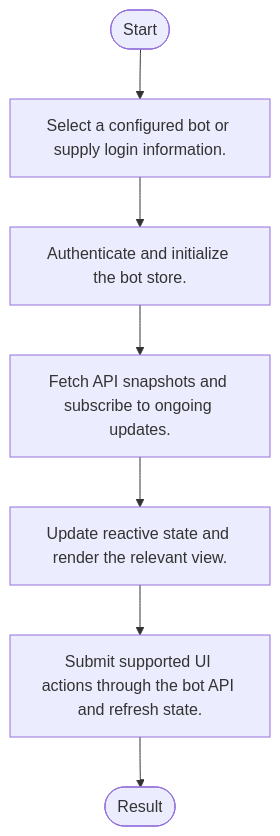
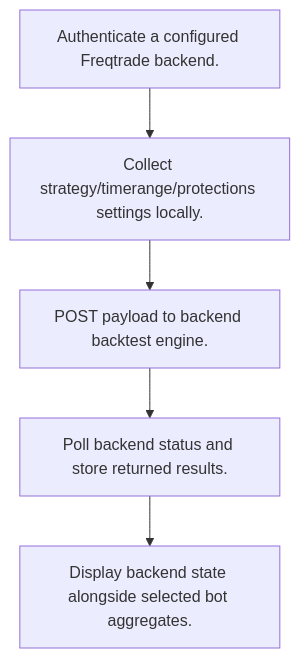
Before and after one commit to alexcwyu/frequi: the third of 4 diagrams in docs/ayu-develop.md, drawn with Mermaid. The commit also changed other lines of this file and 7 other files, not shown here.

Commit message:
docs: standardize source-reviewed system guides and offline diagrams

````diff
--- a/docs/ayu-develop.md
+++ b/docs/ayu-develop.md
@@ -85,15 +130,12 @@
 ```mermaid
 flowchart TD
-  Start(["Start"])
-  W0["Select a configured bot or supply login information."]
-  W1["Authenticate and initialize the bot store."]
-  W2["Fetch API snapshots and subscribe to ongoing updates."]
-  W3["Update reactive state and render the relevant view."]
-  W4["Submit supported UI actions through the bot API and refresh state."]
-  Start --> W0
+  W0["Authenticate a configured Freqtrade backend."]
+  W1["Collect strategy/timerange/protections settings locally."]
   W0 --> W1
+  W2["POST payload to backend backtest engine."]
   W1 --> W2
+  W3["Poll backend status and store returned results."]
   W2 --> W3
+  W4["Display backend state alongside selected bot aggregates."]
   W3 --> W4
-  W4 --> Finish(["Result"])
 ```
````
